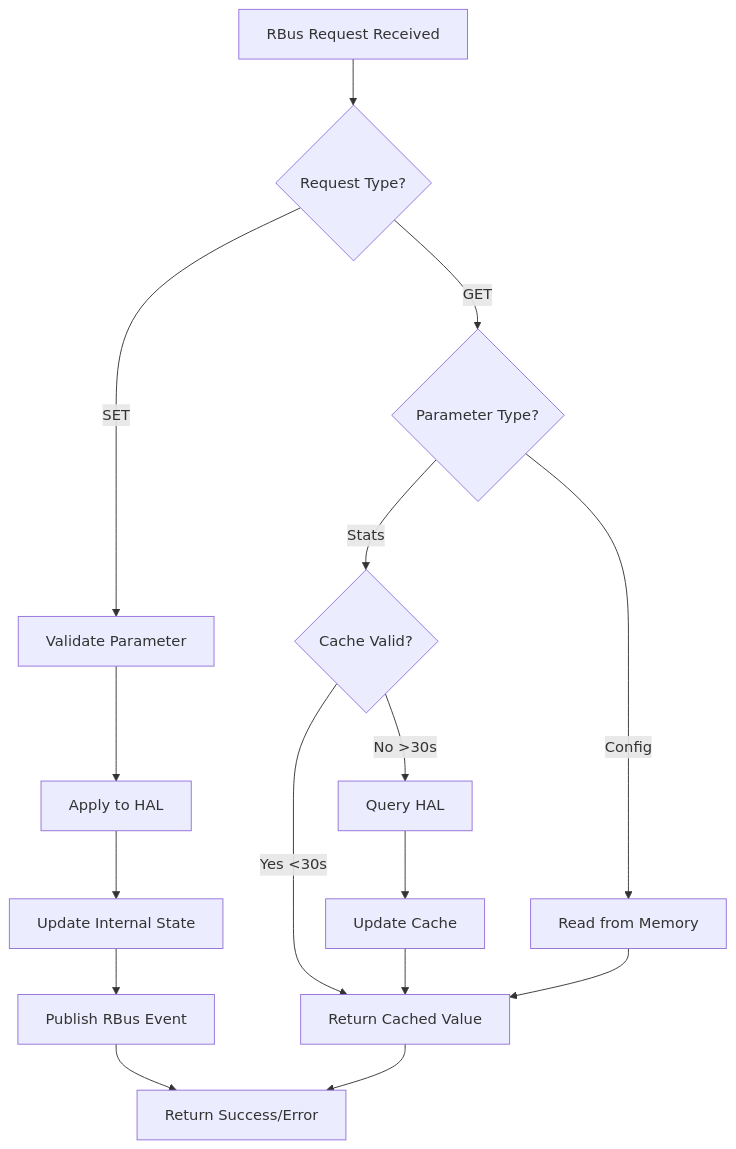
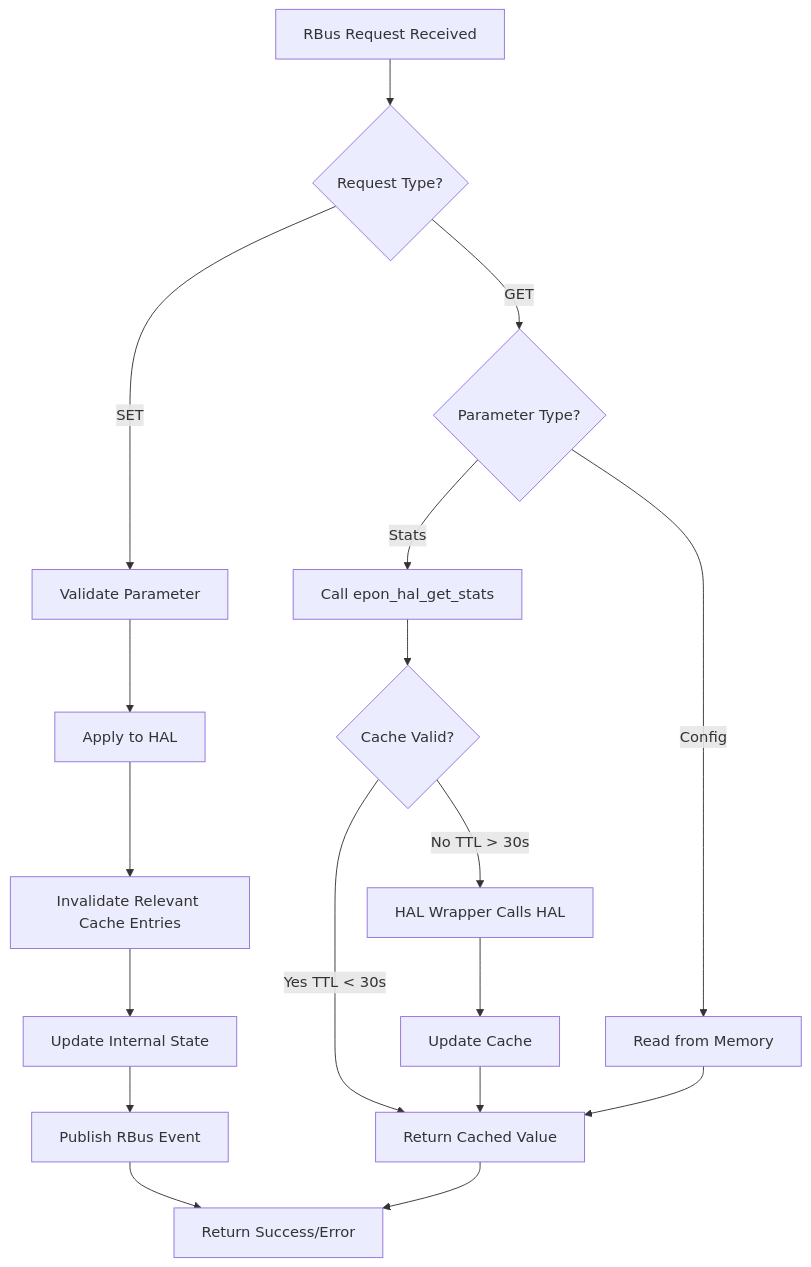
Before and after one commit to rdkcentral/epon-manager: the third of 4 diagrams in design_docs/03_Component_Design.md, drawn with Mermaid. The commit also changed other lines of this file and 5 other files, not shown here.

Commit message:
Refactor architecture and component design documentation; add configuration details and remove obsolete data flow section

````diff
--- a/design_docs/03_Component_Design.md
+++ b/design_docs/03_Component_Design.md
@@ -122,24 +127,25 @@
 ```mermaid
 flowchart TD
     A[RBus Request Received] --> B{Request Type?}
     B -->|GET| C{Parameter Type?}
     B -->|SET| D[Validate Parameter]
     
-    C -->|Stats| E{Cache Valid?}
+    C -->|Stats| E[Call epon_hal_get_stats]
     C -->|Config| F[Read from Memory]
     
-    E -->|Yes <30s| G[Return Cached Value]
-    E -->|No >30s| H[Query HAL]
+    E --> G{Cache Valid?}
+    G -->|Yes TTL < 30s| H[Return Cached Value]
+    G -->|No TTL > 30s| I[HAL Wrapper Calls HAL]
+    I --> J[Update Cache]
+    J --> H
     
-    H --> I[Update Cache]
-    I --> G
+    F --> H
     
-    F --> G
+    D --> K[Apply to HAL]
+    K --> L[Invalidate Relevant Cache Entries]
+    L --> M[Update Internal State]
+    M --> N[Publish RBus Event]
+    N --> O[Return Success/Error]
     
-    D --> J[Apply to HAL]
-    J --> K[Update Internal State]
-    K --> L[Publish RBus Event]
-    L --> M[Return Success/Error]
-    
-    G --> M
+    H --> O
 ```
````
